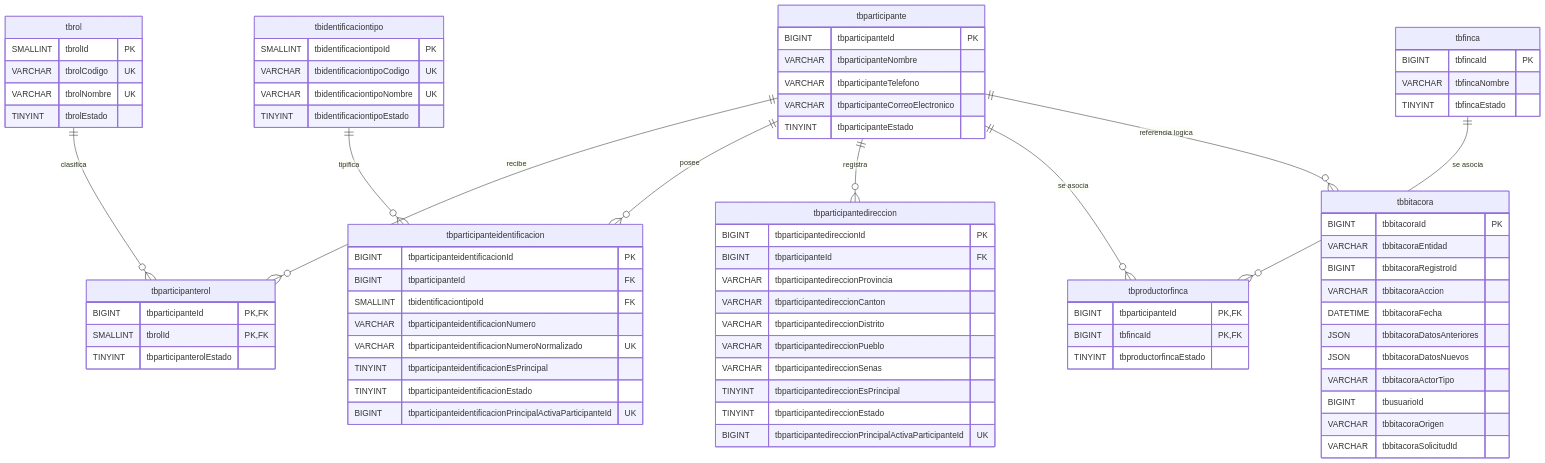
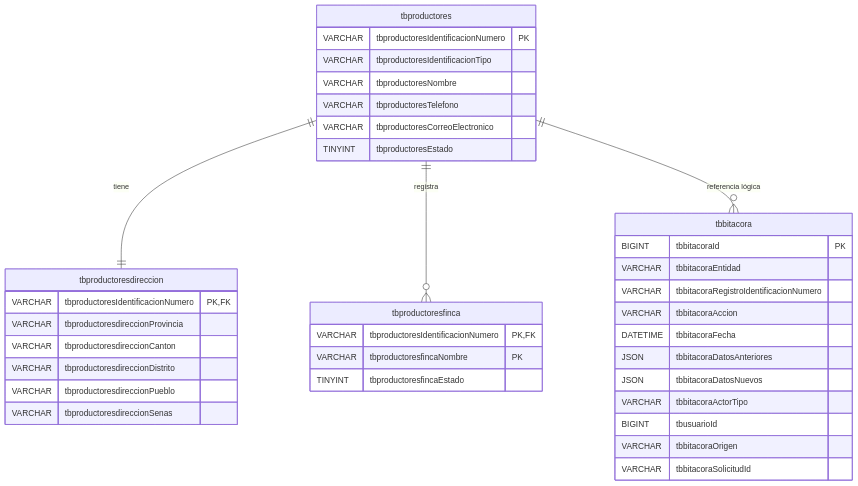
One commit to DilanRC/Proyecto-Paradigmas changed the diagram in Documentation/DER.md. Above: the diagram before and after it, drawn with Mermaid. The commit also changed other lines of this file and 53 other files, not shown here.

````diff
--- a/Documentation/DER.md
+++ b/Documentation/DER.md
@@ -5,73 +3,30 @@
 ```mermaid
 erDiagram
-    tbparticipante {
-        BIGINT tbparticipanteId PK
-        VARCHAR tbparticipanteNombre
-        VARCHAR tbparticipanteTelefono
-        VARCHAR tbparticipanteCorreoElectronico
-        TINYINT tbparticipanteEstado
+    tbproductores {
+        VARCHAR tbproductoresIdentificacionNumero PK
+        VARCHAR tbproductoresIdentificacionTipo
+        VARCHAR tbproductoresNombre
+        VARCHAR tbproductoresTelefono
+        VARCHAR tbproductoresCorreoElectronico
+        TINYINT tbproductoresEstado
     }
-
-    tbrol {
-        SMALLINT tbrolId PK
-        VARCHAR tbrolCodigo UK
-        VARCHAR tbrolNombre UK
-        TINYINT tbrolEstado
+    tbproductoresdireccion {
+        VARCHAR tbproductoresIdentificacionNumero PK,FK
+        VARCHAR tbproductoresdireccionProvincia
+        VARCHAR tbproductoresdireccionCanton
+        VARCHAR tbproductoresdireccionDistrito
+        VARCHAR tbproductoresdireccionPueblo
+        VARCHAR tbproductoresdireccionSenas
     }
-
-    tbparticipanterol {
-        BIGINT tbparticipanteId PK, FK
-        SMALLINT tbrolId PK, FK
-        TINYINT tbparticipanterolEstado
+    tbproductoresfinca {
+        VARCHAR tbproductoresIdentificacionNumero PK,FK
+        VARCHAR tbproductoresfincaNombre PK
+        TINYINT tbproductoresfincaEstado
     }
-
-    tbidentificaciontipo {
-        SMALLINT tbidentificaciontipoId PK
-        VARCHAR tbidentificaciontipoCodigo UK
-        VARCHAR tbidentificaciontipoNombre UK
-        TINYINT tbidentificaciontipoEstado
-    }
-
-    tbparticipanteidentificacion {
-        BIGINT tbparticipanteidentificacionId PK
-        BIGINT tbparticipanteId FK
-        SMALLINT tbidentificaciontipoId FK
-        VARCHAR tbparticipanteidentificacionNumero
-        VARCHAR tbparticipanteidentificacionNumeroNormalizado UK
-        TINYINT tbparticipanteidentificacionEsPrincipal
-        TINYINT tbparticipanteidentificacionEstado
-        BIGINT tbparticipanteidentificacionPrincipalActivaParticipanteId UK
-    }
-
-    tbparticipantedireccion {
-        BIGINT tbparticipantedireccionId PK
-        BIGINT tbparticipanteId FK
-        VARCHAR tbparticipantedireccionProvincia
-        VARCHAR tbparticipantedireccionCanton
-        VARCHAR tbparticipantedireccionDistrito
-        VARCHAR tbparticipantedireccionPueblo
-        VARCHAR tbparticipantedireccionSenas
-        TINYINT tbparticipantedireccionEsPrincipal
-        TINYINT tbparticipantedireccionEstado
-        BIGINT tbparticipantedireccionPrincipalActivaParticipanteId UK
-    }
-
-    tbfinca {
-        BIGINT tbfincaId PK
-        VARCHAR tbfincaNombre
-        TINYINT tbfincaEstado
-    }
-
-    tbproductorfinca {
-        BIGINT tbparticipanteId PK, FK
-        BIGINT tbfincaId PK, FK
-        TINYINT tbproductorfincaEstado
-    }
-
     tbbitacora {
         BIGINT tbbitacoraId PK
         VARCHAR tbbitacoraEntidad
-        BIGINT tbbitacoraRegistroId
+        VARCHAR tbbitacoraRegistroIdentificacionNumero
         VARCHAR tbbitacoraAccion
         DATETIME tbbitacoraFecha
         JSON tbbitacoraDatosAnteriores
@@ -81,13 +36,7 @@
         VARCHAR tbbitacoraOrigen
         VARCHAR tbbitacoraSolicitudId
     }
-
-    tbparticipante ||--o{ tbparticipanterol : "recibe"
-    tbrol ||--o{ tbparticipanterol : "clasifica"
-    tbparticipante ||--o{ tbparticipanteidentificacion : "posee"
-    tbidentificaciontipo ||--o{ tbparticipanteidentificacion : "tipifica"
-    tbparticipante ||--o{ tbparticipantedireccion : "registra"
-    tbparticipante ||--o{ tbproductorfinca : "se asocia"
-    tbfinca ||--o{ tbproductorfinca : "se asocia"
-    tbparticipante ||--o{ tbbitacora : "referencia logica"
+    tbproductores ||--|| tbproductoresdireccion : "tiene"
+    tbproductores ||--o{ tbproductoresfinca : "registra"
+    tbproductores ||--o{ tbbitacora : "referencia lógica"
 ```
````
